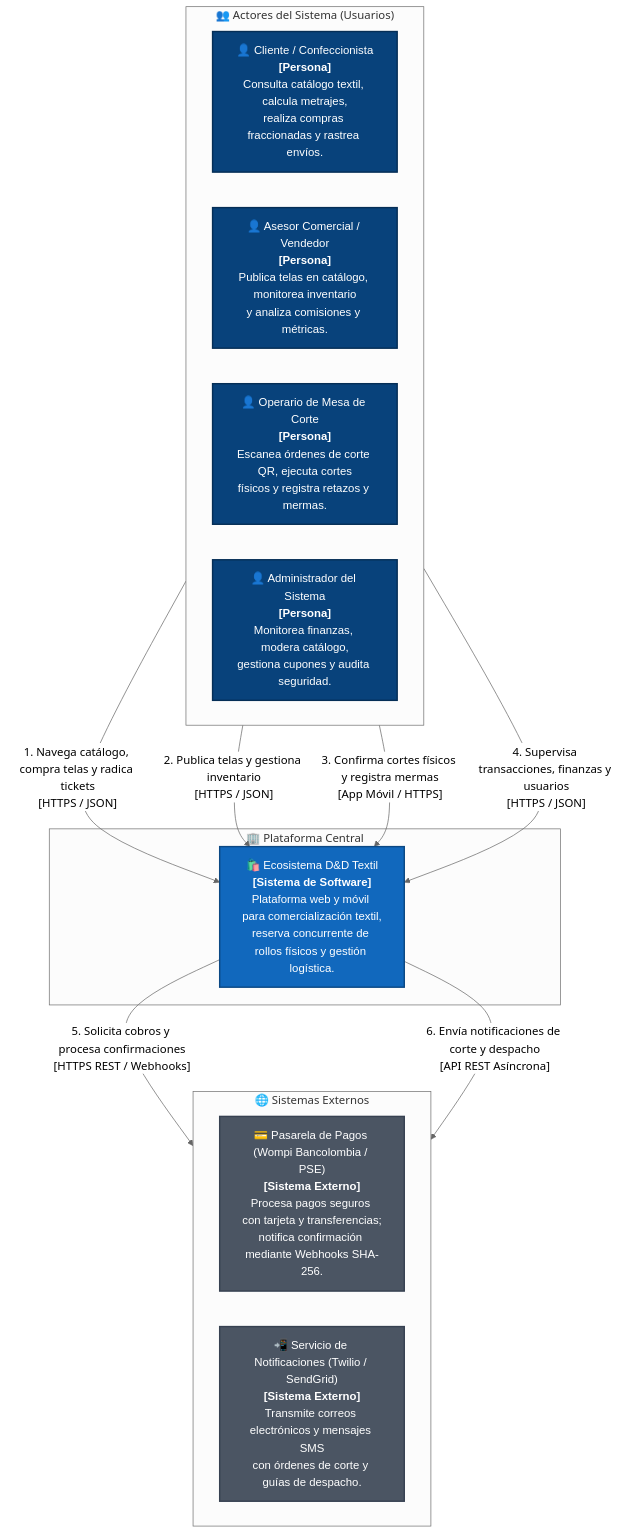
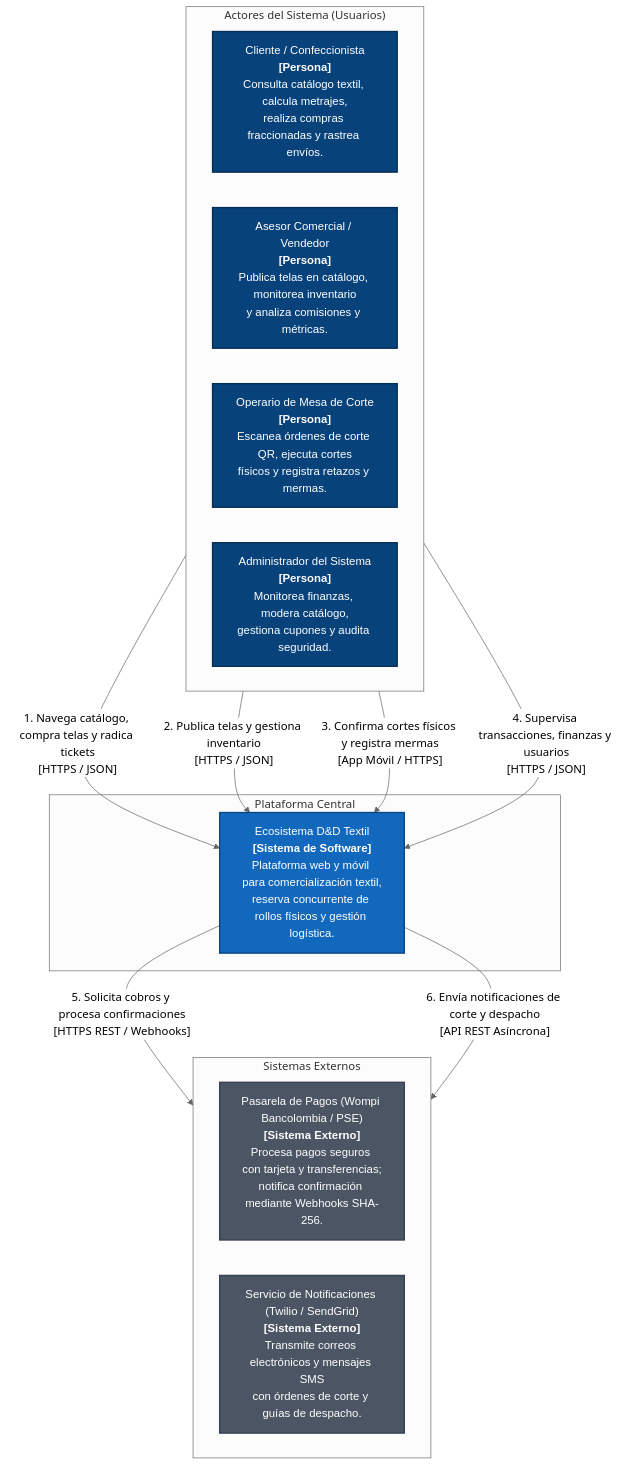
Before and after one commit to DAVIDVLEZ-DEVELOPER/PROYECTO-SENA-TIENDA-TEXTIL: the first of 7 diagrams in documentacion/02-arquitectura-software-c4-y-backend.md, drawn with Mermaid (neutral theme). The commit also changed other lines of this file and 6 other files, not shown here.

Commit message:
docs: eliminar emojis de la documentacion tecnica y diagramas de arquitectura para conformidad con estandares academicos ADSO

````diff
--- a/documentacion/02-arquitectura-software-c4-y-backend.md
+++ b/documentacion/02-arquitectura-software-c4-y-backend.md
@@ -108,32 +108,32 @@
 ```mermaid
 flowchart TD
     classDef personStyle fill:#08427B,stroke:#052e56,stroke-width:2px,color:#ffffff,font-family:sans-serif;
     classDef coreSystem fill:#1168BD,stroke:#0b4884,stroke-width:2px,color:#ffffff,font-family:sans-serif;
     classDef extSystem fill:#4B5563,stroke:#374151,stroke-width:2px,color:#ffffff,font-family:sans-serif;
 
-    subgraph Actores ["👥 Actores del Sistema (Usuarios)"]
+    subgraph Actores ["Actores del Sistema (Usuarios)"]
         direction LR
-        cliente["👤 Cliente / Confeccionista<br/><b>[Persona]</b><br/>Consulta catálogo textil, calcula metrajes,<br/>realiza compras fraccionadas y rastrea envíos."]:::personStyle
-        vendedor["👤 Asesor Comercial / Vendedor<br/><b>[Persona]</b><br/>Publica telas en catálogo, monitorea inventario<br/>y analiza comisiones y métricas."]:::personStyle
-        operario["👤 Operario de Mesa de Corte<br/><b>[Persona]</b><br/>Escanea órdenes de corte QR, ejecuta cortes<br/>físicos y registra retazos y mermas."]:::personStyle
-        admin["👤 Administrador del Sistema<br/><b>[Persona]</b><br/>Monitorea finanzas, modera catálogo,<br/>gestiona cupones y audita seguridad."]:::personStyle
+        cliente["Cliente / Confeccionista<br/><b>[Persona]</b><br/>Consulta catálogo textil, calcula metrajes,<br/>realiza compras fraccionadas y rastrea envíos."]:::personStyle
+        vendedor["Asesor Comercial / Vendedor<br/><b>[Persona]</b><br/>Publica telas en catálogo, monitorea inventario<br/>y analiza comisiones y métricas."]:::personStyle
+        operario["Operario de Mesa de Corte<br/><b>[Persona]</b><br/>Escanea órdenes de corte QR, ejecuta cortes<br/>físicos y registra retazos y mermas."]:::personStyle
+        admin["Administrador del Sistema<br/><b>[Persona]</b><br/>Monitorea finanzas, modera catálogo,<br/>gestiona cupones y audita seguridad."]:::personStyle
     end
 
-    subgraph Plataforma ["🏢 Plataforma Central"]
-        sistemaTextil["🛍️ Ecosistema D&D Textil<br/><b>[Sistema de Software]</b><br/>Plataforma web y móvil para comercialización textil,<br/>reserva concurrente de rollos físicos y gestión logística."]:::coreSystem
+    subgraph Plataforma ["Plataforma Central"]
+        sistemaTextil["Ecosistema D&D Textil<br/><b>[Sistema de Software]</b><br/>Plataforma web y móvil para comercialización textil,<br/>reserva concurrente de rollos físicos y gestión logística."]:::coreSystem
     end
 
-    subgraph Externos ["🌐 Sistemas Externos"]
+    subgraph Externos ["Sistemas Externos"]
         direction LR
-        pasarelaPagos["💳 Pasarela de Pagos (Wompi Bancolombia / PSE)<br/><b>[Sistema Externo]</b><br/>Procesa pagos seguros con tarjeta y transferencias;<br/>notifica confirmación mediante Webhooks SHA-256."]:::extSystem
-        servicioMensajeria["📲 Servicio de Notificaciones (Twilio / SendGrid)<br/><b>[Sistema Externo]</b><br/>Transmite correos electrónicos y mensajes SMS<br/>con órdenes de corte y guías de despacho."]:::extSystem
+        pasarelaPagos["Pasarela de Pagos (Wompi Bancolombia / PSE)<br/><b>[Sistema Externo]</b><br/>Procesa pagos seguros con tarjeta y transferencias;<br/>notifica confirmación mediante Webhooks SHA-256."]:::extSystem
+        servicioMensajeria["Servicio de Notificaciones (Twilio / SendGrid)<br/><b>[Sistema Externo]</b><br/>Transmite correos electrónicos y mensajes SMS<br/>con órdenes de corte y guías de despacho."]:::extSystem
     end
 
     cliente -->|"1. Navega catálogo, compra telas y radica tickets<br/>[HTTPS / JSON]"| sistemaTextil
     vendedor -->|"2. Publica telas y gestiona inventario<br/>[HTTPS / JSON]"| sistemaTextil
     operario -->|"3. Confirma cortes físicos y registra mermas<br/>[App Móvil / HTTPS]"| sistemaTextil
     admin -->|"4. Supervisa transacciones, finanzas y usuarios<br/>[HTTPS / JSON]"| sistemaTextil
 
     sistemaTextil -->|"5. Solicita cobros y procesa confirmaciones<br/>[HTTPS REST / Webhooks]"| pasarelaPagos
     sistemaTextil -->|"6. Envía notificaciones de corte y despacho<br/>[API REST Asíncrona]"| servicioMensajeria
 ```
````
